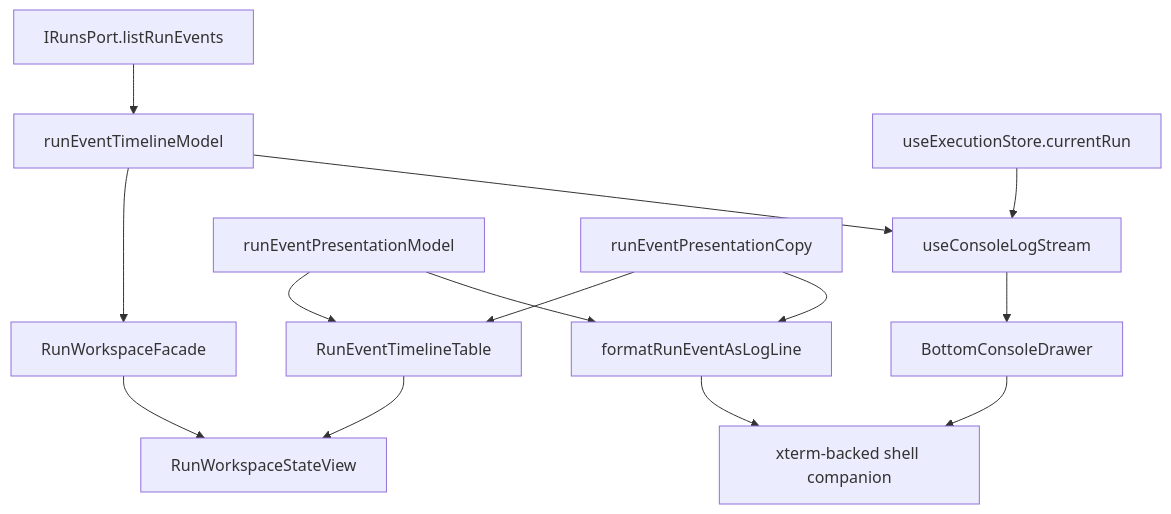
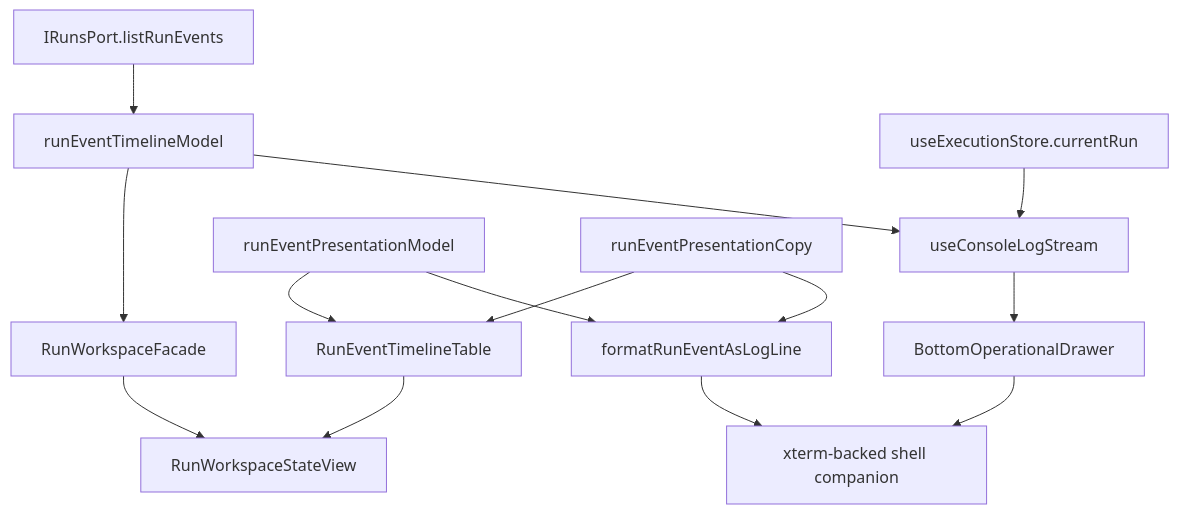
Before and after one commit to dunay2/dvt: the second of 2 diagrams in docs/architecture/components/web/runs/run-event-timeline-component.md, drawn with Mermaid. The commit also changed other lines of this file and 43 other files, not shown here.

Commit message:
refactor(web): Canonicalize bottom operational drawer

````diff
--- a/docs/architecture/components/web/runs/run-event-timeline-component.md
+++ b/docs/architecture/components/web/runs/run-event-timeline-component.md
@@ -68,18 +68,18 @@
 ```mermaid
 flowchart TB
   Port["IRunsPort.listRunEvents"] --> Model["runEventTimelineModel"]
-  Store["useExecutionStore.currentRun"] --> ConsoleHook["useConsoleLogStream"]
-  Model --> ConsoleHook
+  Store["useExecutionStore.currentRun"] --> LiveLogHook["useConsoleLogStream"]
+  Model --> LiveLogHook
   Model --> Facade["RunWorkspaceFacade"]
 
-  Presentation["runEventPresentationModel"] --> ConsoleFormat["formatRunEventAsLogLine"]
+  Presentation["runEventPresentationModel"] --> LogFormat["formatRunEventAsLogLine"]
   Presentation --> Table["RunEventTimelineTable"]
-  Copy["runEventPresentationCopy"] --> ConsoleFormat
+  Copy["runEventPresentationCopy"] --> LogFormat
   Copy --> Table
 
-  ConsoleFormat --> Terminal["xterm-backed shell companion"]
-  ConsoleHook --> Drawer["BottomConsoleDrawer"]
+  LogFormat --> Terminal["xterm-backed shell companion"]
+  LiveLogHook --> Drawer["BottomOperationalDrawer"]
   Drawer --> Terminal
   Facade --> Workspace["RunWorkspaceStateView"]
   Table --> Workspace
 ```
````
